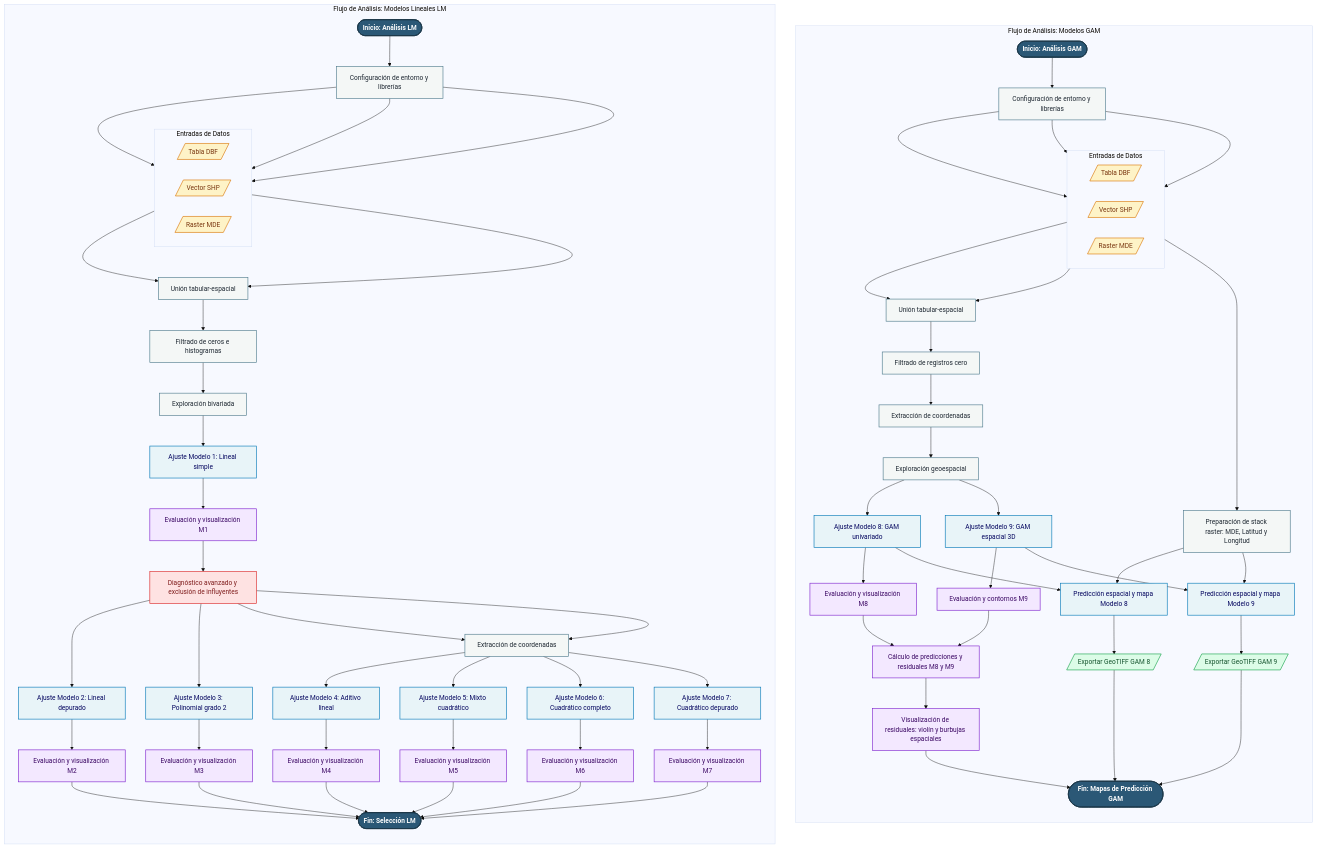
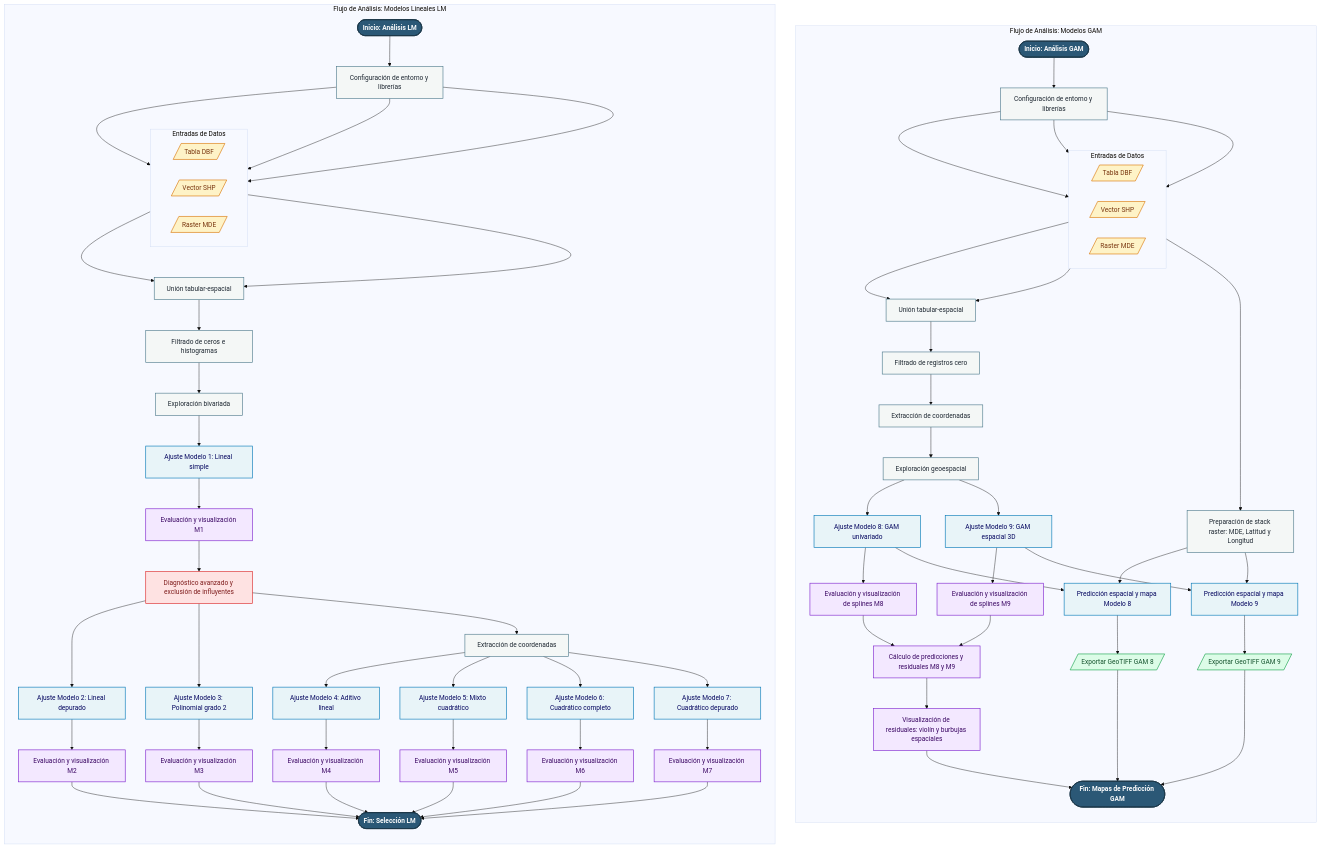
Before and after one commit to vshalisko/R-intro-UdeG: the diagram in Doctorado_GOT_2026B/Diagrama_de_flujo_comparativa_LM_GAM.mermaid, drawn with Mermaid (base theme).

```diff
--- a/Doctorado_GOT_2026B/Diagrama_de_flujo_comparativa_LM_GAM.mermaid
+++ b/Doctorado_GOT_2026B/Diagrama_de_flujo_comparativa_LM_GAM.mermaid
@@ -1,135 +1,135 @@
 flowchart TD
 %% Definición de estilos
 classDef titulo fill:#2b5876,stroke:#1a3648,stroke-width:2px,color:#ffffff,font-weight:bold
 classDef entrada fill:#fef3c7,stroke:#d97706,stroke-width:1.5px,color:#78350f
 classDef proceso fill:#f4f7f6,stroke:#4e7a8c,stroke-width:1.5px,color:#1f2933
 classDef filtro fill:#fee2e2,stroke:#dc2626,stroke-width:1.5px,color:#7f1d1d
 classDef modelo fill:#e8f4f8,stroke:#0077b6,stroke-width:1.5px,color:#03045e
 classDef eval fill:#f3e8ff,stroke:#7e22ce,stroke-width:1.5px,color:#3b0764
 classDef salida fill:#dcfce7,stroke:#16a34a,stroke-width:1.5px,color:#14532d
 
 %% =====================================================================
 %% FLUJO IZQUIERDO: MODELOS ADITIVOS GENERALIZADOS (GAM)
 %% =====================================================================
 subgraph Flujo_GAM [Flujo de Análisis: Modelos GAM]
     direction TB
     G_Ini([Inicio: Análisis GAM]):::titulo
 
     %% Nivel 1: Configuración y Entradas
     G_Conf[Configuración de entorno y librerías]:::proceso
     subgraph G_In [Entradas de Datos]
         direction LR
         G_Tab[/Tabla DBF/]:::entrada
         G_Vec[/Vector SHP/]:::entrada
         G_Ras[/Raster MDE/]:::entrada
     end
     G_Ini --> G_Conf
     G_Conf --> G_Tab & G_Vec & G_Ras
 
     %% Nivel 2: Preprocesamiento
     G_Merge[Unión tabular-espacial]:::proceso
     G_Filt[Filtrado de registros cero]:::proceso
     G_Coord[Extracción de coordenadas]:::proceso
     G_Expl[Exploración geoespacial]:::proceso
 
     G_Tab & G_Vec --> G_Merge --> G_Filt --> G_Coord --> G_Expl
 
     %% Nivel 3: Modelado Univariado y Multivariado
     G_M8_Fit[Ajuste Modelo 8: GAM univariado]:::modelo
-    G_M8_Eval[Evaluación y visualización M8]:::eval
+    G_M8_Eval[Evaluación y visualización de splines M8]:::eval
 
     G_M9_Fit[Ajuste Modelo 9: GAM espacial 3D]:::modelo
-    G_M9_Eval[Evaluación y contornos M9]:::eval
+    G_M9_Eval[Evaluación y visualización de splines M9]:::eval
 
     G_Expl --> G_M8_Fit --> G_M8_Eval
     G_Expl --> G_M9_Fit --> G_M9_Eval
 
     %% Nivel 4: Análisis Comparativo de Residuales
     G_Res_Calc[Cálculo de predicciones y residuales M8 y M9]:::eval
     G_Res_Vis[Visualización de residuales: violín y burbujas espaciales]:::eval
 
     G_M8_Eval & G_M9_Eval --> G_Res_Calc --> G_Res_Vis
 
     %% Nivel 5: Preparación Raster y Predicción Espacial
     G_Ras_Prep[Preparación de stack raster: MDE, Latitud y Longitud]:::proceso
     G_Ras --> G_Ras_Prep
 
     G_Pred8[Predicción espacial y mapa Modelo 8]:::modelo
     G_Out8[/Exportar GeoTIFF GAM 8/]:::salida
 
     G_Pred9[Predicción espacial y mapa Modelo 9]:::modelo
     G_Out9[/Exportar GeoTIFF GAM 9/]:::salida
 
     G_M8_Fit --> G_Pred8
     G_Ras_Prep --> G_Pred8 --> G_Out8
     G_M9_Fit --> G_Pred9
     G_Ras_Prep --> G_Pred9 --> G_Out9
 
     G_Out8 & G_Out9 & G_Res_Vis --> G_Fin([Fin: Mapas de Predicción GAM]):::titulo
 end
 
 %% =====================================================================
 %% FLUJO DERECHO: MODELOS LINEALES (LM)
 %% =====================================================================
 subgraph Flujo_LM [Flujo de Análisis: Modelos Lineales LM]
     direction TB
     L_Ini([Inicio: Análisis LM]):::titulo
 
     %% Nivel 1: Configuración y Entradas
     L_Conf[Configuración de entorno y librerías]:::proceso
     subgraph L_In [Entradas de Datos]
         direction LR
         L_Tab[/Tabla DBF/]:::entrada
         L_Vec[/Vector SHP/]:::entrada
         L_Ras[/Raster MDE/]:::entrada
     end
     L_Ini --> L_Conf
     L_Conf --> L_Tab & L_Vec & L_Ras
 
     %% Nivel 2: Preprocesamiento y Depuración
     L_Merge[Unión tabular-espacial]:::proceso
     L_Filt[Filtrado de ceros e histogramas]:::proceso
     L_Expl[Exploración bivariada]:::proceso
     
     L_Tab & L_Vec --> L_Merge --> L_Filt --> L_Expl
 
     %% Nivel 3: Modelo Inicial y Outliers
     L_M1_Fit[Ajuste Modelo 1: Lineal simple]:::modelo
     L_M1_Eval[Evaluación y visualización M1]:::eval
     L_Out[Diagnóstico avanzado y exclusión de influyentes]:::filtro
 
     L_Expl --> L_M1_Fit --> L_M1_Eval --> L_Out
 
     %% Nivel 4: Modelos Univariados Depurados
     L_M2_Fit[Ajuste Modelo 2: Lineal depurado]:::modelo
     L_M2_Eval[Evaluación y visualización M2]:::eval
     
     L_M3_Fit[Ajuste Modelo 3: Polinomial grado 2]:::modelo
     L_M3_Eval[Evaluación y visualización M3]:::eval
 
     L_Out --> L_M2_Fit --> L_M2_Eval
     L_Out --> L_M3_Fit --> L_M3_Eval
 
     %% Nivel 5: Modelos Multivariados
     L_Coord[Extracción de coordenadas]:::proceso
-    L_Out & L_Out --> L_Coord
+    L_Out --> L_Coord
 
     L_M4_Fit[Ajuste Modelo 4: Aditivo lineal]:::modelo
     L_M4_Eval[Evaluación y visualización M4]:::eval
 
     L_M5_Fit[Ajuste Modelo 5: Mixto cuadrático]:::modelo
     L_M5_Eval[Evaluación y visualización M5]:::eval
 
     L_M6_Fit[Ajuste Modelo 6: Cuadrático completo]:::modelo
     L_M6_Eval[Evaluación y visualización M6]:::eval
 
     L_M7_Fit[Ajuste Modelo 7: Cuadrático depurado]:::modelo
     L_M7_Eval[Evaluación y visualización M7]:::eval
 
     L_Coord --> L_M4_Fit --> L_M4_Eval
     L_Coord --> L_M5_Fit --> L_M5_Eval
     L_Coord --> L_M6_Fit --> L_M6_Eval
     L_Coord --> L_M7_Fit --> L_M7_Eval
 
     L_M2_Eval & L_M3_Eval & L_M4_Eval & L_M5_Eval & L_M6_Eval & L_M7_Eval --> L_Fin([Fin: Selección LM]):::titulo
 end
```
